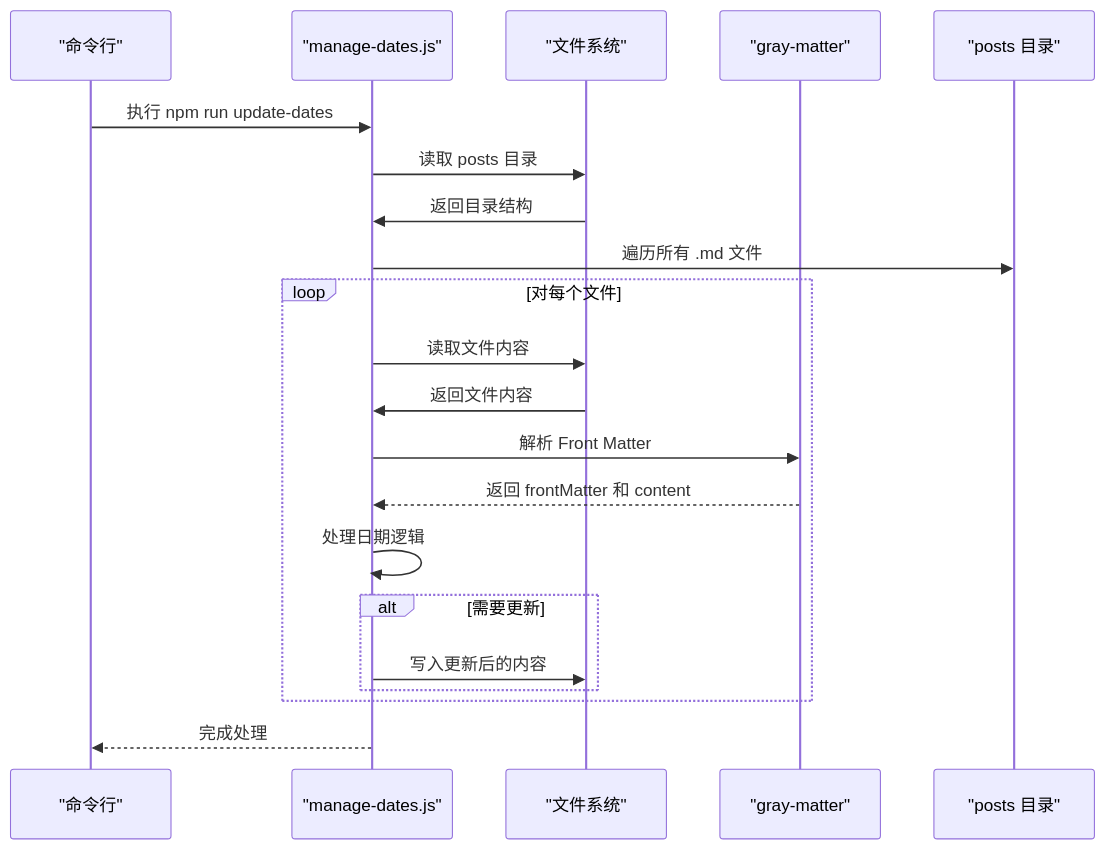
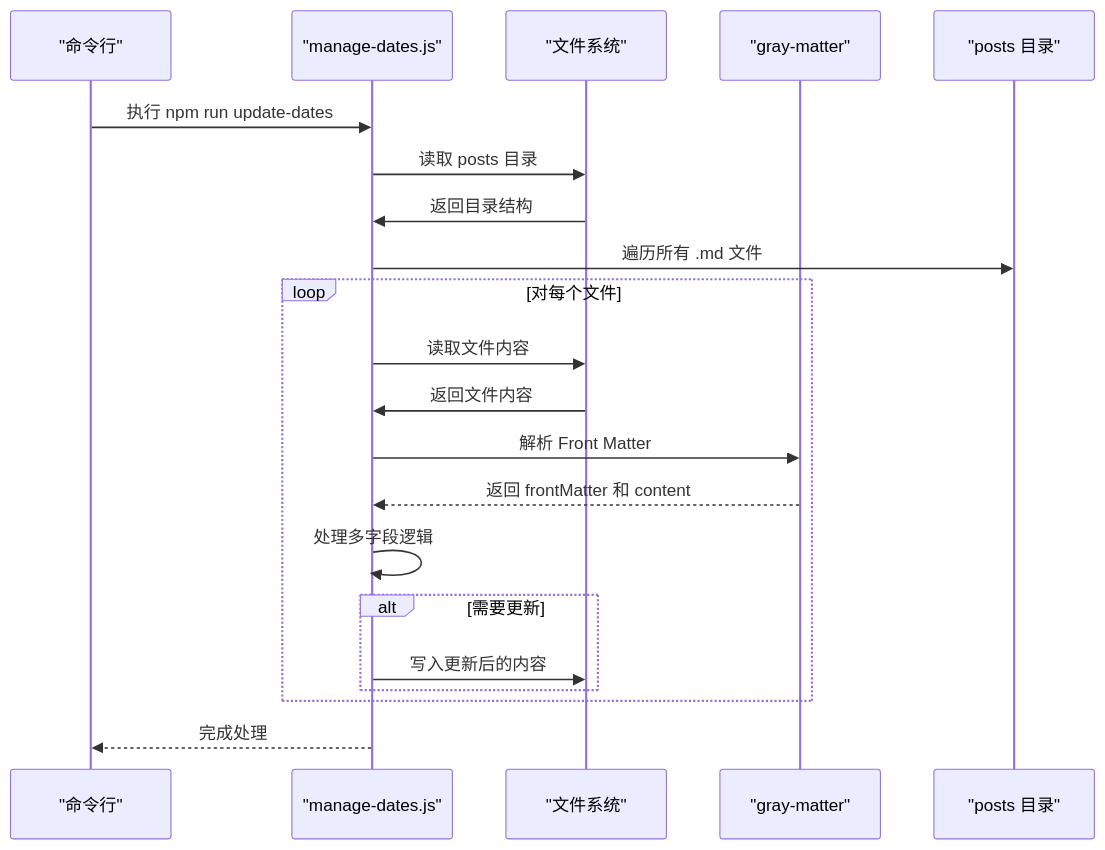
Before and after one commit to FXnadu/rainyNight-11ty: the second of 7 diagrams in .qoder/repowiki/zh/content/构建与部署/自动化脚本/日期管理脚本.md, drawn with Mermaid. The commit also changed other lines of this file and 79 other files, not shown here.

````diff
--- a/.qoder/repowiki/zh/content/构建与部署/自动化脚本/日期管理脚本.md
+++ b/.qoder/repowiki/zh/content/构建与部署/自动化脚本/日期管理脚本.md
@@ -110,23 +126,23 @@
 ```mermaid
 sequenceDiagram
 participant CLI as "命令行"
 participant Script as "manage-dates.js"
 participant FS as "文件系统"
 participant Matter as "gray-matter"
 participant PostDir as "posts 目录"
 CLI->>Script : 执行 npm run update-dates
 Script->>FS : 读取 posts 目录
 FS->>Script : 返回目录结构
 Script->>PostDir : 遍历所有 .md 文件
 loop 对每个文件
 Script->>FS : 读取文件内容
 FS->>Script : 返回文件内容
 Script->>Matter : 解析 Front Matter
 Matter-->>Script : 返回 frontMatter 和 content
-Script->>Script : 处理日期逻辑
+Script->>Script : 处理多字段逻辑
 alt 需要更新
 Script->>FS : 写入更新后的内容
 end
 end
 Script-->>CLI : 完成处理
 ```
````
